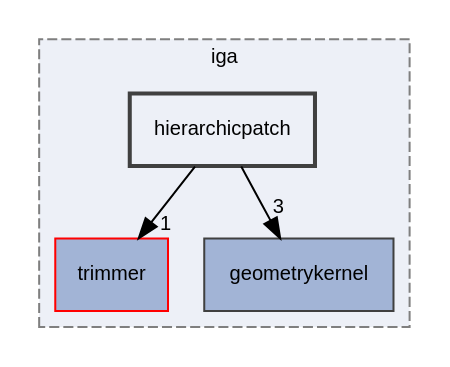
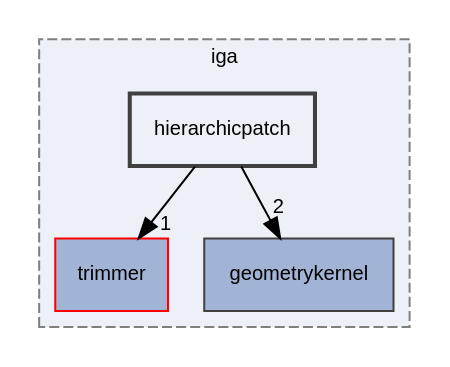
The diagram in dir_12fc9e68aad46ae2d80ba50ef1c96d76_dep.dot (rath3t/dune-iga-doc), drawn with Graphviz before and after one commit. The commit also changed 1468 other files, not shown here.

```diff
--- a/dir_12fc9e68aad46ae2d80ba50ef1c96d76_dep.dot
+++ b/dir_12fc9e68aad46ae2d80ba50ef1c96d76_dep.dot
@@ -1,15 +1,15 @@
 digraph "hierarchicpatch"
 {
  // LATEX_PDF_SIZE
   edge [fontname="Helvetica",fontsize="10",labelfontname="Helvetica",labelfontsize="10"];
   node [fontname="Helvetica",fontsize="10",shape=record];
   compound=true
   subgraph clusterdir_d2a3c23294a1b1015b1b8e8721ddded8 {
     graph [ bgcolor="#edf0f7", pencolor="grey50", style="filled,dashed,", label="iga", fontname="Helvetica", fontsize="10", URL="dir_d2a3c23294a1b1015b1b8e8721ddded8.html"]
   dir_7d0c370ab440c4b4f78419bfc8c93eb8 [shape=box, label="trimmer", style="filled,", fillcolor="#a2b4d6", color="red", URL="dir_7d0c370ab440c4b4f78419bfc8c93eb8.html"];
   dir_98571e7345f7327fea7723ec1a12d870 [shape=box, label="geometrykernel", style="filled,", fillcolor="#a2b4d6", color="grey25", URL="dir_98571e7345f7327fea7723ec1a12d870.html"];
   dir_12fc9e68aad46ae2d80ba50ef1c96d76 [shape=box, label="hierarchicpatch", style="filled,bold,", fillcolor="#edf0f7", color="grey25", URL="dir_12fc9e68aad46ae2d80ba50ef1c96d76.html"];
   }
   dir_12fc9e68aad46ae2d80ba50ef1c96d76->dir_7d0c370ab440c4b4f78419bfc8c93eb8 [headlabel="1", labeldistance=1.5 headhref="dir_000007_000019.html"];
-  dir_12fc9e68aad46ae2d80ba50ef1c96d76->dir_98571e7345f7327fea7723ec1a12d870 [headlabel="3", labeldistance=1.5 headhref="dir_000007_000006.html"];
+  dir_12fc9e68aad46ae2d80ba50ef1c96d76->dir_98571e7345f7327fea7723ec1a12d870 [headlabel="2", labeldistance=1.5 headhref="dir_000007_000006.html"];
 }
```
